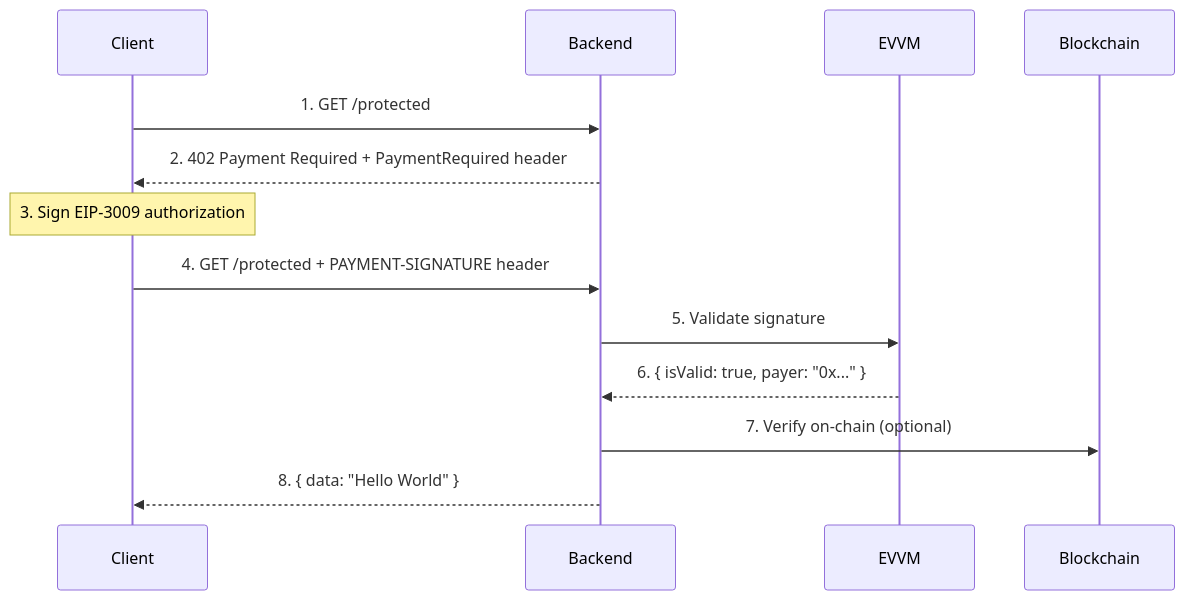
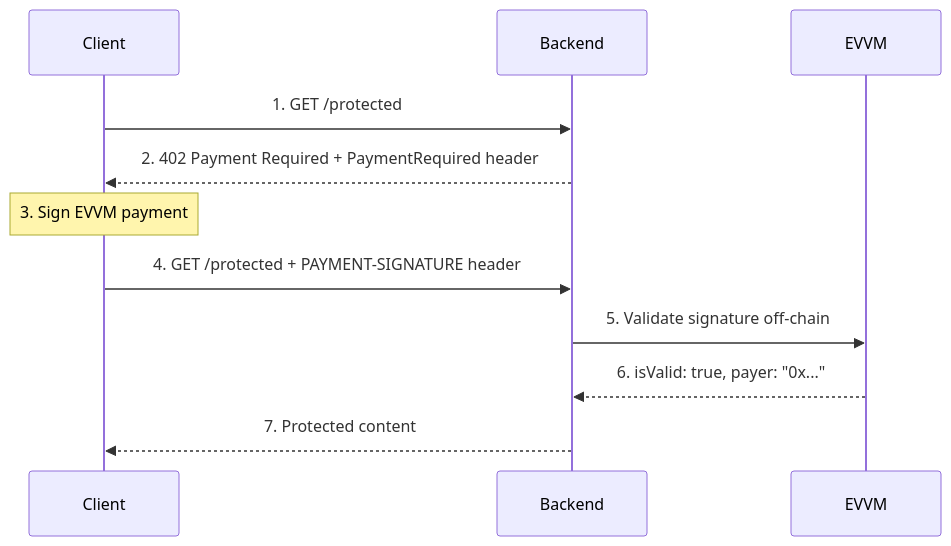
The first of 2 diagrams in README.md (menuRivera/x402-demo), drawn with Mermaid before and after one commit. The commit also changed other lines of this file and 4 other files, not shown here.

````diff
--- a/README.md
+++ b/README.md
@@ -7,18 +7,16 @@
 ```mermaid
 sequenceDiagram
     participant Client
     participant Backend
     participant EVVM
-    participant Blockchain
 
     Client->>Backend: 1. GET /protected
     Backend-->>Client: 2. 402 Payment Required + PaymentRequired header
     
-    Note over Client: 3. Sign EIP-3009 authorization
+    Note over Client: 3. Sign EVVM payment
     
     Client->>Backend: 4. GET /protected + PAYMENT-SIGNATURE header
-    Backend->>EVVM: 5. Validate signature
-    EVVM-->>Backend: 6. { isValid: true, payer: "0x..." }
-    Backend->>Blockchain: 7. Verify on-chain (optional)
-    Backend-->>Client: 8. { data: "Hello World" }
+    Backend->>EVVM: 5. Validate signature off-chain
+    EVVM-->>Backend: 6. isValid: true, payer: "0x..."
+    Backend-->>Client: 7. Protected content
 ```
````
